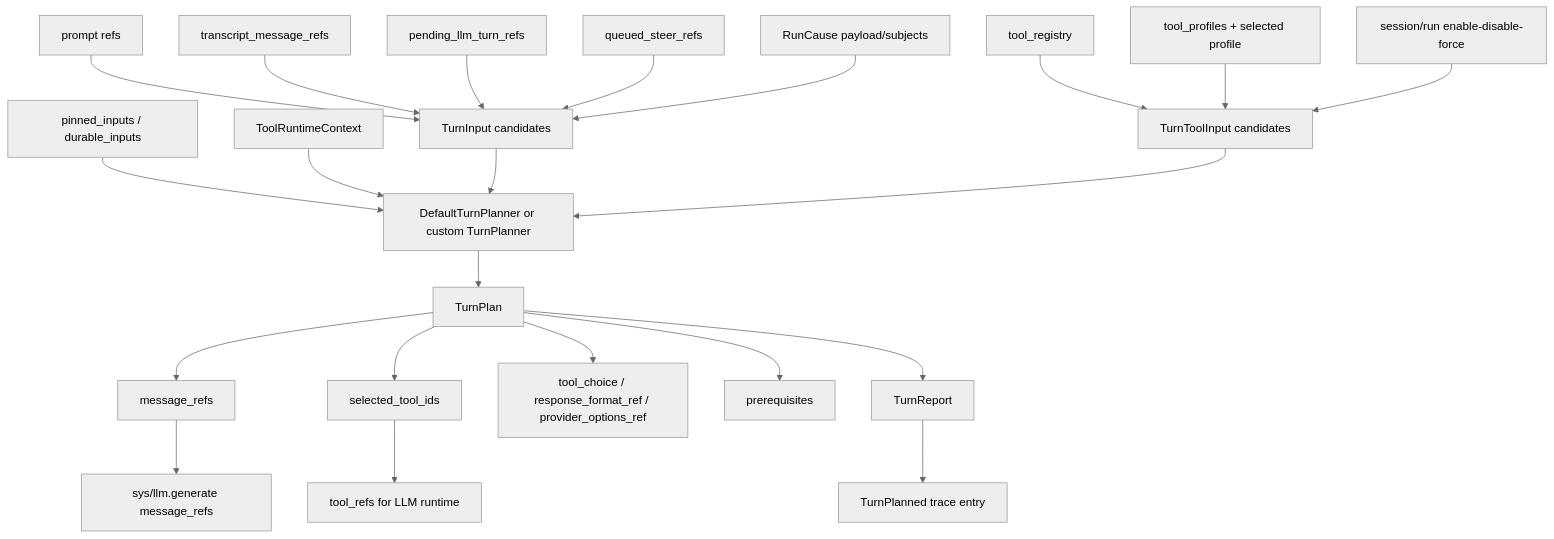
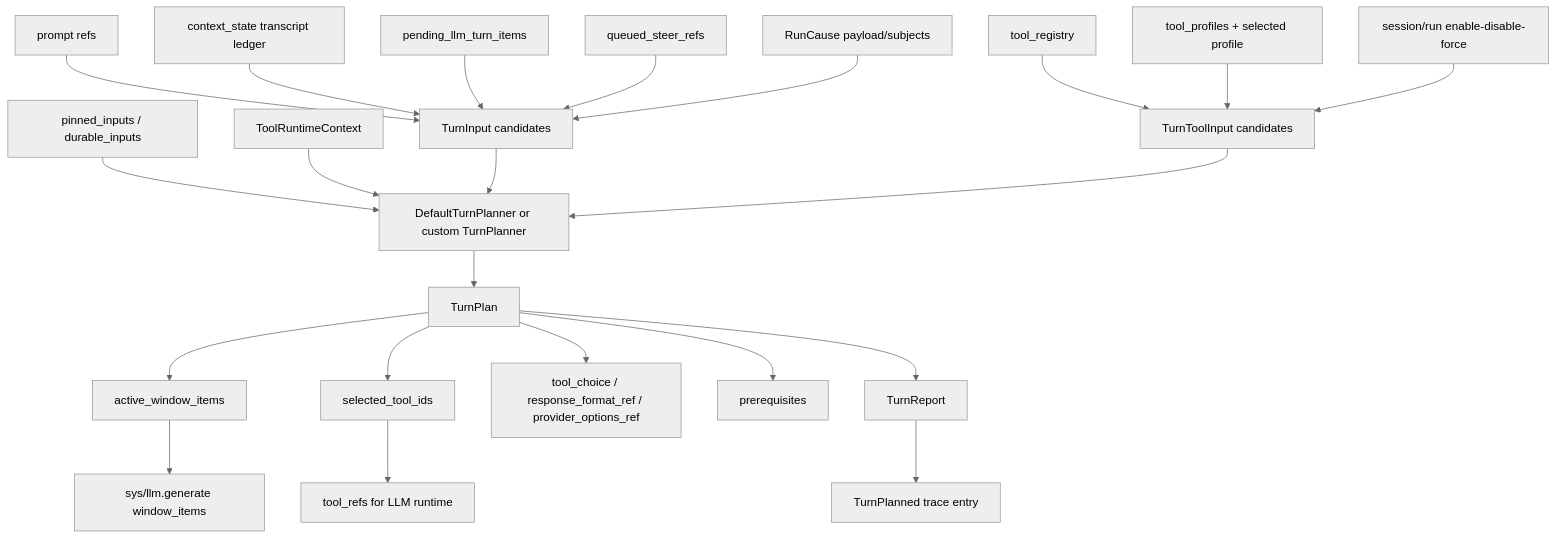
Before and after one commit to smartcomputer-ai/agent-os: the ninth of 22 diagrams in roadmap/v0.30-agent/visual-guide.md, drawn with Mermaid (neutral theme). The commit also changed other lines of this file and 32 other files, not shown here.

````diff
--- a/roadmap/v0.30-agent/visual-guide.md
+++ b/roadmap/v0.30-agent/visual-guide.md
@@ -576,26 +578,26 @@
 ```mermaid
 flowchart TD
   PromptRefs[prompt refs] --> Inputs[TurnInput candidates]
-  Transcript[transcript_message_refs] --> Inputs
-  TurnRefs[pending_llm_turn_refs] --> Inputs
+  Transcript[context_state transcript ledger] --> Inputs
+  TurnRefs[pending_llm_turn_items] --> Inputs
   Steer[queued_steer_refs] --> Inputs
   Cause[RunCause payload/subjects] --> Inputs
   SessionTurnState[pinned_inputs / durable_inputs] --> Planner
 
   Registry[tool_registry] --> ToolInputs[TurnToolInput candidates]
   Profiles[tool_profiles + selected profile] --> ToolInputs
   Overrides[session/run enable-disable-force] --> ToolInputs
   Runtime[ToolRuntimeContext] --> Planner
 
   Inputs --> Planner[DefaultTurnPlanner or custom TurnPlanner]
   ToolInputs --> Planner
   Planner --> Plan[TurnPlan]
-  Plan --> Messages[message_refs]
+  Plan --> Window[active_window_items]
   Plan --> Tools[selected_tool_ids]
   Plan --> Controls[tool_choice / response_format_ref / provider_options_ref]
   Plan --> Prereqs[prerequisites]
   Plan --> Report[TurnReport]
-  Messages --> LLM[sys/llm.generate message_refs]
+  Window --> LLM[sys/llm.generate window_items]
   Tools --> ToolRefs[tool_refs for LLM runtime]
   Report --> Trace[TurnPlanned trace entry]
 ```
````
